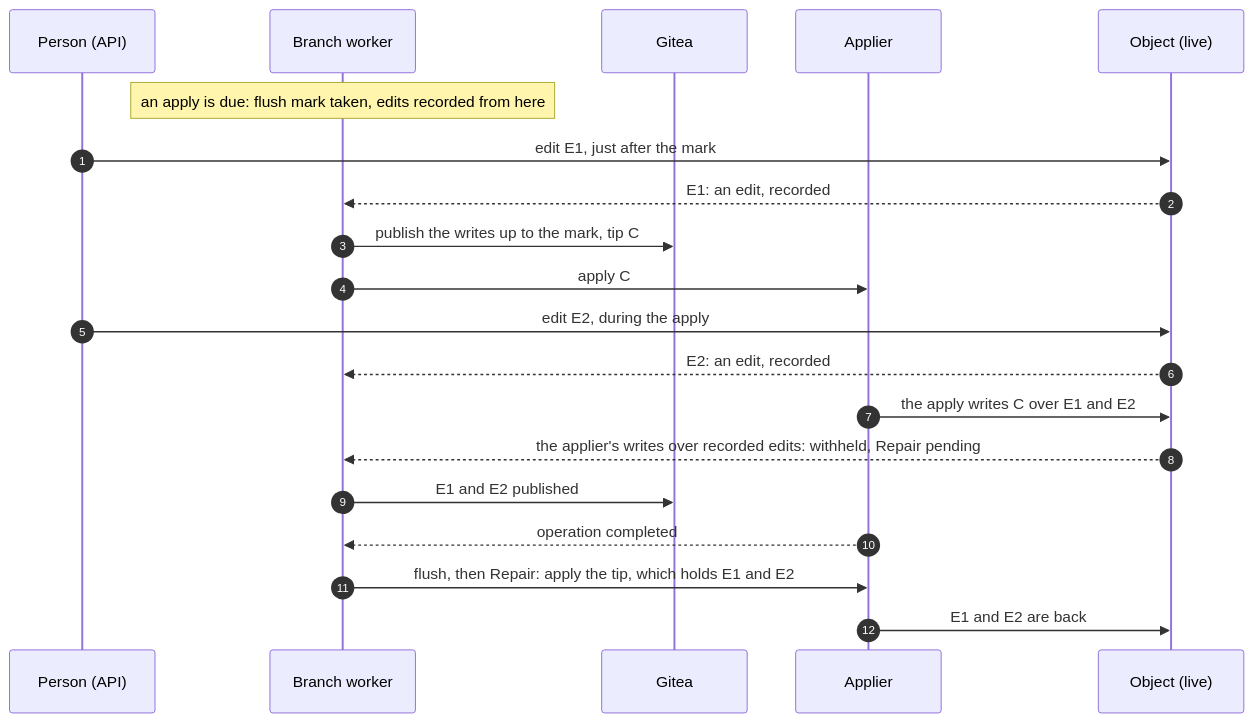
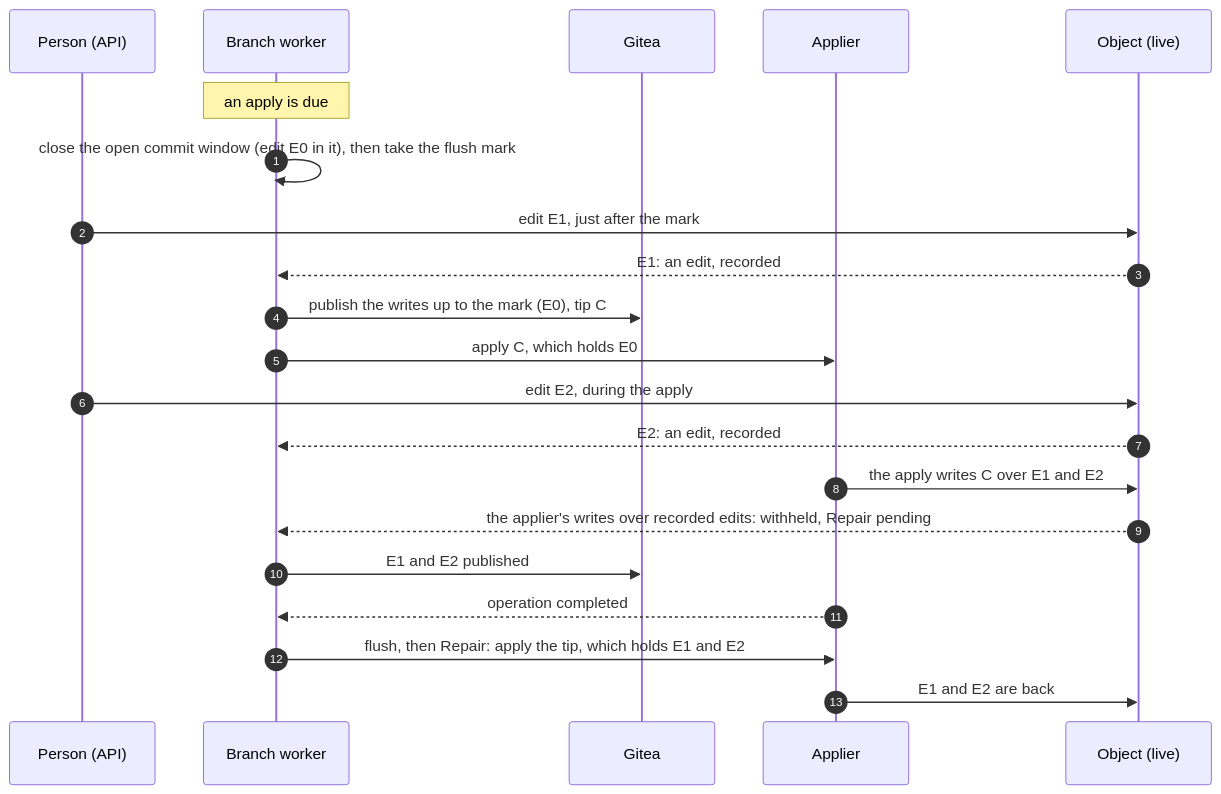
The fourth of 6 diagrams in docs/design/applier-echoes.md (ConfigButler/gitops-reverser), drawn with Mermaid before and after one commit. The commit also changed other lines of this file and 1 other file, not shown here.

````diff
--- a/docs/design/applier-echoes.md
+++ b/docs/design/applier-echoes.md
@@ -252,23 +295,24 @@
 ```mermaid
 sequenceDiagram
     autonumber
     participant U as Person (API)
     participant W as Branch worker
     participant G as Gitea
     participant F as Applier
     participant K as Object (live)
 
-    Note over W: an apply is due: flush mark taken, edits recorded from here
+    Note over W: an apply is due
+    W->>W: close the open commit window (edit E0 in it), then take the flush mark
     U->>K: edit E1, just after the mark
     K-->>W: E1: an edit, recorded
-    W->>G: publish the writes up to the mark, tip C
-    W->>F: apply C
+    W->>G: publish the writes up to the mark (E0), tip C
+    W->>F: apply C, which holds E0
     U->>K: edit E2, during the apply
     K-->>W: E2: an edit, recorded
     F->>K: the apply writes C over E1 and E2
     K-->>W: the applier's writes over recorded edits: withheld, Repair pending
     W->>G: E1 and E2 published
     F-->>W: operation completed
     W->>F: flush, then Repair: apply the tip, which holds E1 and E2
     F->>K: E1 and E2 are back
 ```
````
